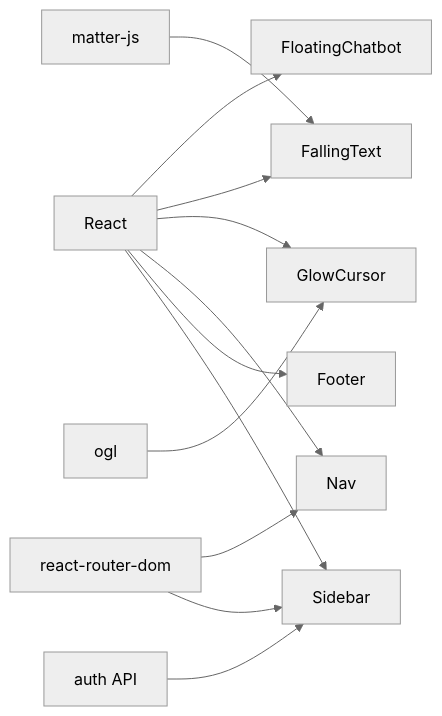
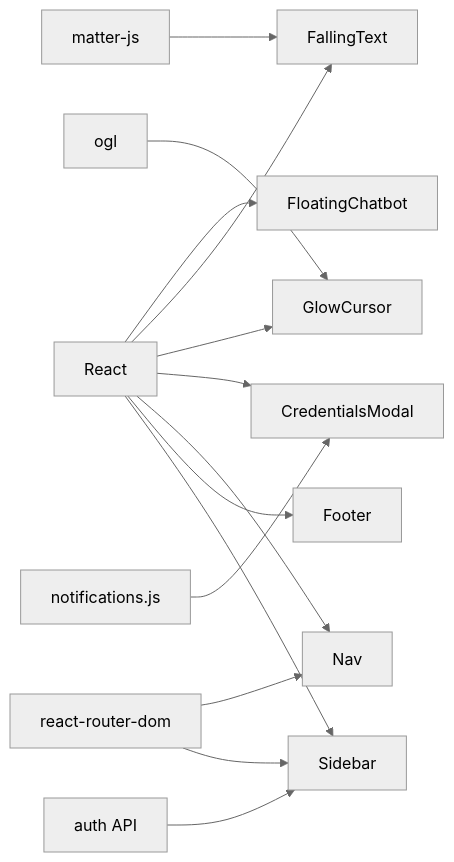
The eighth of 8 diagrams in .qoder/repowiki/en/content/Component Library/Component Library.md (imcbsglobal/TRELLISCO_ERP_FRONTEND), drawn with Mermaid (neutral theme) before and after one commit. The commit also changed other lines of this file and 35 other files, not shown here.

````diff
--- a/.qoder/repowiki/en/content/Component Library/Component Library.md
+++ b/.qoder/repowiki/en/content/Component Library/Component Library.md
@@ -524,14 +688,16 @@
 ```mermaid
 graph LR
 React["React"] --> Chat["FloatingChatbot"]
 React --> Fall["FallingText"]
 React --> Glow["GlowCursor"]
+React --> Cred["CredentialsModal"]
 React --> Nav["Nav"]
 React --> Foot["Footer"]
 React --> Side["Sidebar"]
 Matter["matter-js"] --> Fall
 OGL["ogl"] --> Glow
+Notif["notifications.js"] --> Cred
 Router["react-router-dom"] --> Nav
 Router --> Side
 AuthAPI["auth API"] --> Side
 ```
````
